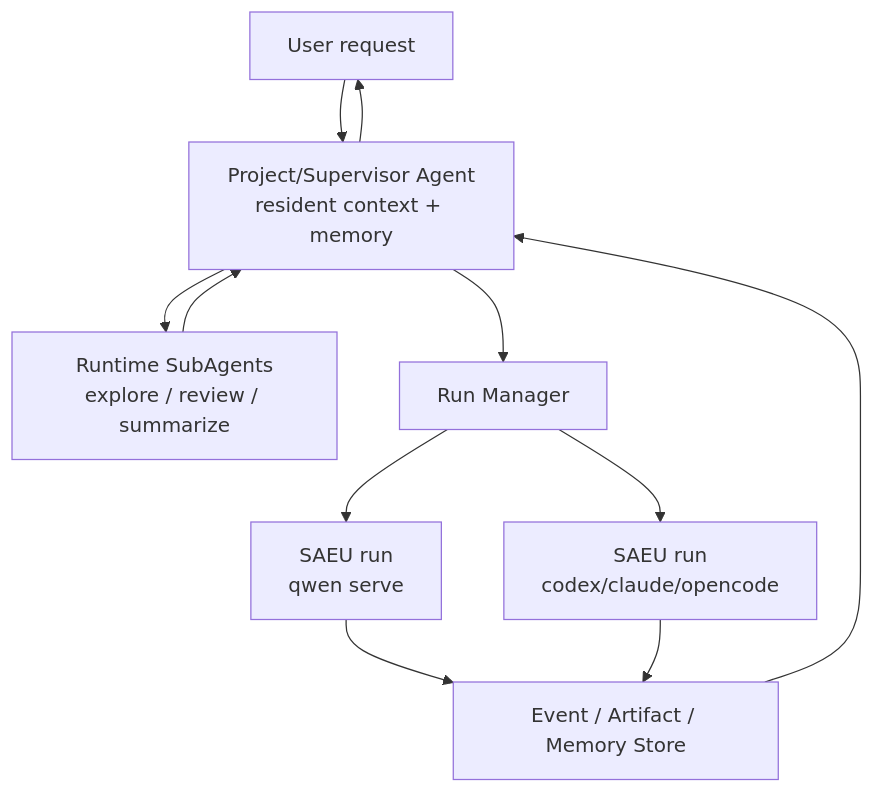
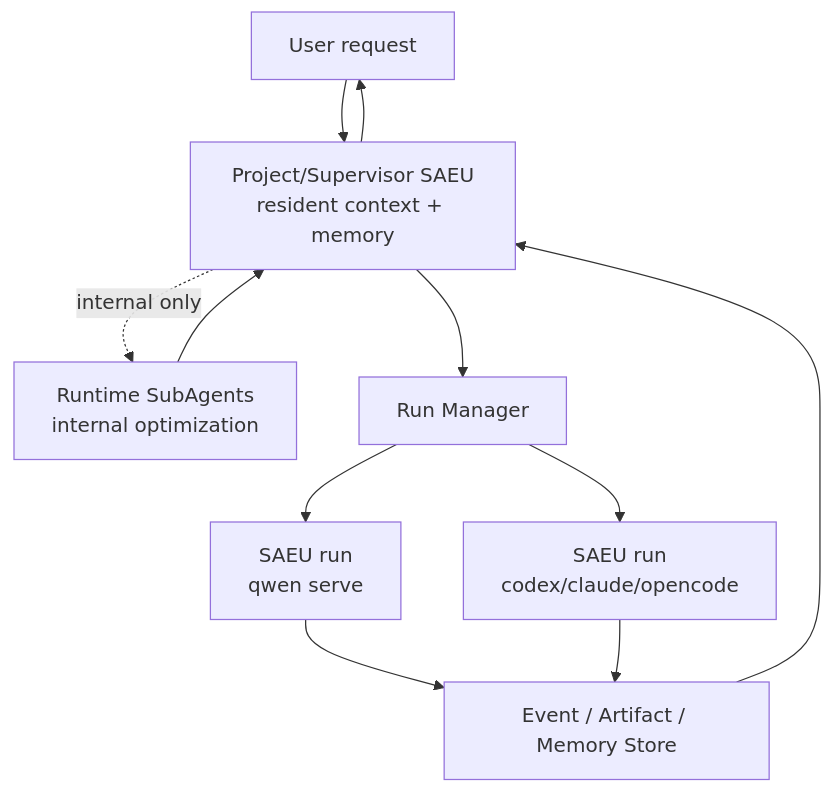
Before and after one commit to chiga0/agent-flow: the diagram in docs/implementation/subagent-vs-execution-unit.md, drawn with Mermaid. The commit also changed other lines of this file and 2 other files, not shown here.

Commit message:
docs: make saeu the default scheduling unit

````diff
--- a/docs/implementation/subagent-vs-execution-unit.md
+++ b/docs/implementation/subagent-vs-execution-unit.md
@@ -85,21 +83,21 @@
 ```mermaid
 flowchart TB
     User["User request"]
-    Project["Project/Supervisor Agent<br/>resident context + memory"]
-    Sub["Runtime SubAgents<br/>explore / review / summarize"]
+    Project["Project/Supervisor SAEU<br/>resident context + memory"]
+    Sub["Runtime SubAgents<br/>internal optimization"]
     RunMgr["Run Manager"]
     SAEU1["SAEU run<br/>qwen serve"]
     SAEU2["SAEU run<br/>codex/claude/opencode"]
     Store["Event / Artifact / Memory Store"]
 
     User --> Project
-    Project --> Sub
+    Project -. internal only .-> Sub
     Project --> RunMgr
     RunMgr --> SAEU1
     RunMgr --> SAEU2
     Sub --> Project
     SAEU1 --> Store
     SAEU2 --> Store
     Store --> Project
     Project --> User
 ```
````
